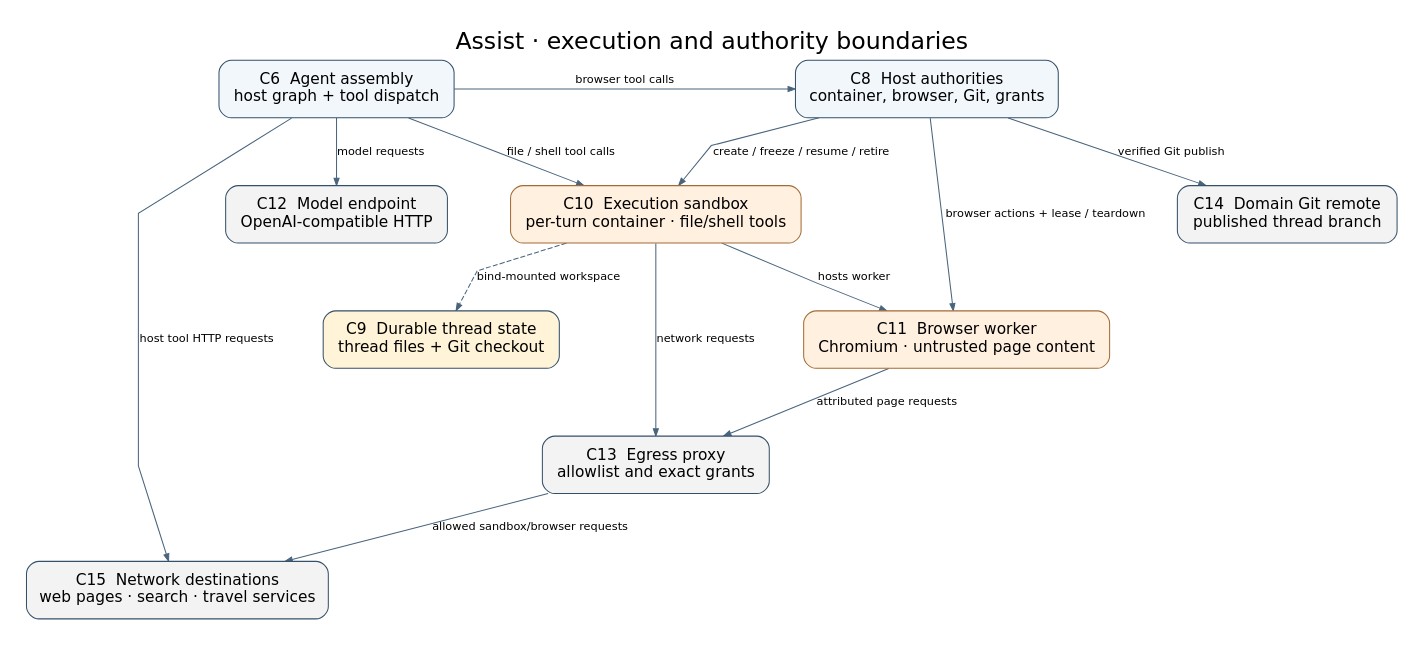
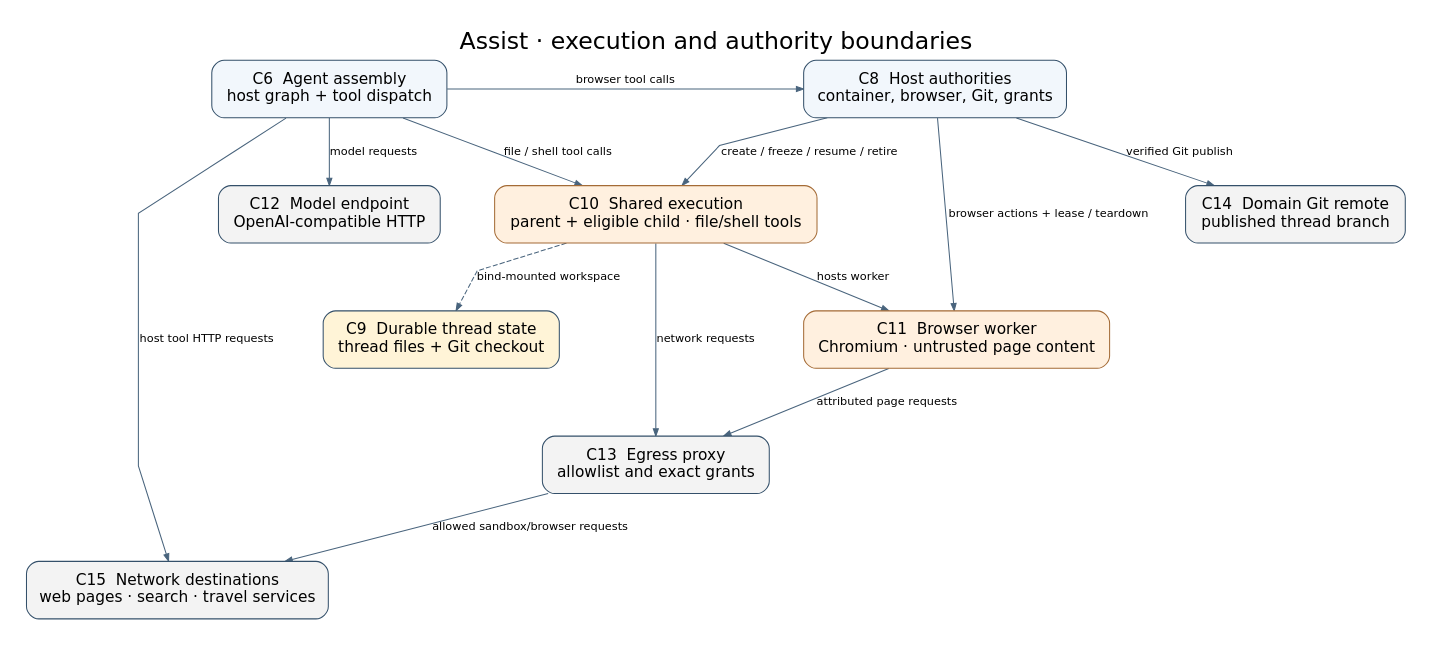
The diagram in docs/architecture-boundaries.dot (pierrel/assist), drawn with Graphviz before and after one commit. The commit also changed 28 other files, not shown here.

Commit message:
Share restricted execution across logical parent and child work

```diff
--- a/docs/architecture-boundaries.dot
+++ b/docs/architecture-boundaries.dot
@@ -1,41 +1,41 @@
 digraph Boundaries {
   graph [label="Assist · execution and authority boundaries", labelloc=t,
          fontname="DejaVu Sans", fontsize=23, bgcolor="white",
          rankdir=TB, pad=0.25, nodesep=0.65, ranksep=0.75,
          splines=polyline, outputorder=edgesfirst];
   node [shape=box, style="rounded,filled", color="#34506a",
         fillcolor="#f2f7fc", fontname="DejaVu Sans", fontsize=15,
         margin="0.20,0.15"];
   edge [fontname="DejaVu Sans", fontsize=11, color="#49647d",
         arrowsize=0.7];
 
   C6 [label="C6  Agent assembly\nhost graph + tool dispatch"];
   C8 [label="C8  Host authorities\ncontainer, browser, Git, grants"];
   C9 [label="C9  Durable thread state\nthread files + Git checkout",
       fillcolor="#fff4d7"];
-  C10 [label="C10  Execution sandbox\nper-turn container · file/shell tools",
+  C10 [label="C10  Shared execution\nparent + eligible child · file/shell tools",
        fillcolor="#fff0df", color="#a46b36"];
   C11 [label="C11  Browser worker\nChromium · untrusted page content",
        fillcolor="#fff0df", color="#a46b36"];
   C12 [label="C12  Model endpoint\nOpenAI-compatible HTTP",
        fillcolor="#f3f3f3"];
   C13 [label="C13  Egress proxy\nallowlist and exact grants",
        fillcolor="#f3f3f3"];
   C14 [label="C14  Domain Git remote\npublished thread branch",
        fillcolor="#f3f3f3"];
   C15 [label="C15  Network destinations\nweb pages · search · travel services",
        fillcolor="#f3f3f3"];
 
   C6 -> C10 [label="file / shell tool calls"];
   C6 -> C8 [label="browser tool calls", constraint=false];
   C6 -> C12 [label="model requests"];
   C6 -> C15 [label="host tool HTTP requests"];
   C8 -> C10 [label="create / freeze / resume / retire"];
   C8 -> C11 [label="browser actions + lease / teardown"];
   C8 -> C14 [label="verified Git publish"];
   C10 -> C11 [label="hosts worker"];
   C10 -> C13 [label="network requests"];
   C11 -> C13 [label="attributed page requests"];
   C13 -> C15 [label="allowed sandbox/browser requests"];
   C10 -> C9 [label="bind-mounted workspace", style=dashed];
 }
```
